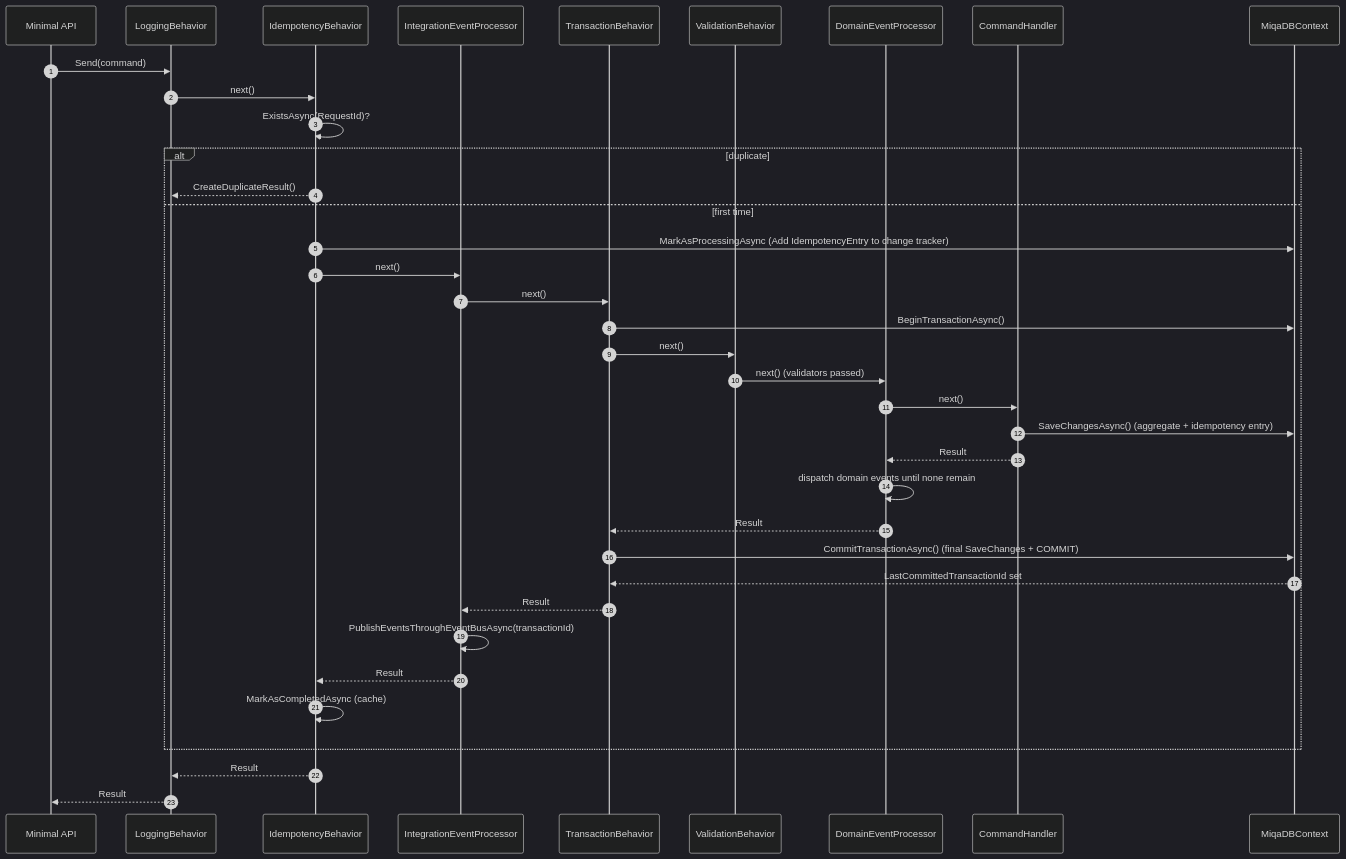
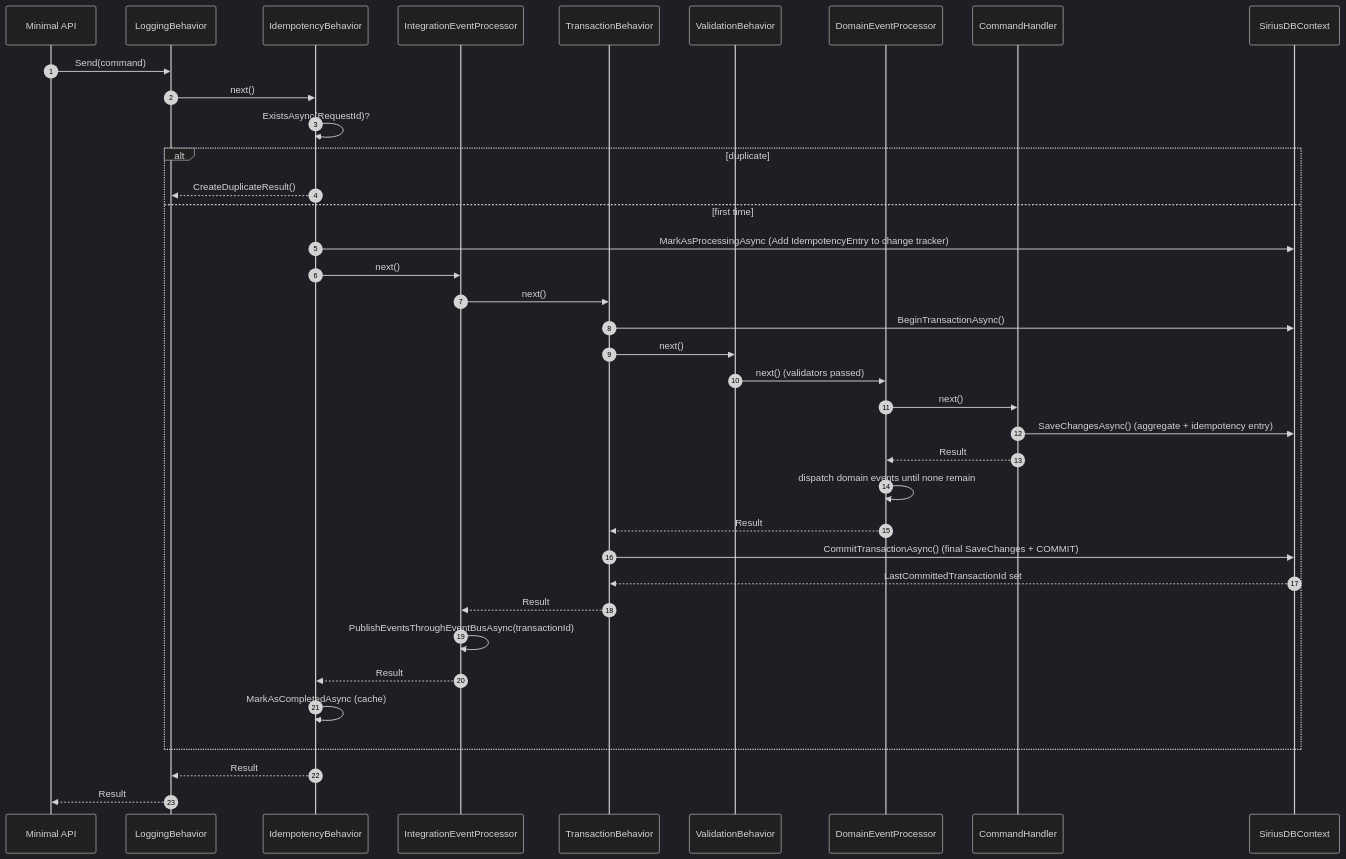
Before and after one commit to miquelalcaraz/Labs.ServicePlatform: the second of 2 diagrams in docs/architecture/02-command-pipeline.md, drawn with Mermaid (dark theme). The commit also changed other lines of this file and 1114 other files, not shown here.

Commit message:
refactor: rename namespaces from Miqa to Sirius

````diff
--- a/docs/architecture/02-command-pipeline.md
+++ b/docs/architecture/02-command-pipeline.md
@@ -167,40 +167,40 @@
 ```mermaid
 sequenceDiagram
     autonumber
     participant API as Minimal API
     participant LOG as LoggingBehavior
     participant IDM as IdempotencyBehavior
     participant IEP as IntegrationEventProcessor
     participant TX as TransactionBehavior
     participant VAL as ValidationBehavior
     participant DEP as DomainEventProcessor
     participant H as CommandHandler
-    participant DB as MiqaDBContext
+    participant DB as SiriusDBContext
 
     API->>LOG: Send(command)
     LOG->>IDM: next()
     IDM->>IDM: ExistsAsync(RequestId)?
     alt duplicate
         IDM-->>LOG: CreateDuplicateResult()
     else first time
         IDM->>DB: MarkAsProcessingAsync (Add IdempotencyEntry to change tracker)
         IDM->>IEP: next()
         IEP->>TX: next()
         TX->>DB: BeginTransactionAsync()
         TX->>VAL: next()
         VAL->>DEP: next() (validators passed)
         DEP->>H: next()
         H->>DB: SaveChangesAsync() (aggregate + idempotency entry)
         H-->>DEP: Result
         DEP->>DEP: dispatch domain events until none remain
         DEP-->>TX: Result
         TX->>DB: CommitTransactionAsync() (final SaveChanges + COMMIT)
         DB-->>TX: LastCommittedTransactionId set
         TX-->>IEP: Result
         IEP->>IEP: PublishEventsThroughEventBusAsync(transactionId)
         IEP-->>IDM: Result
         IDM->>IDM: MarkAsCompletedAsync (cache)
     end
     IDM-->>LOG: Result
     LOG-->>API: Result
 ```
````
